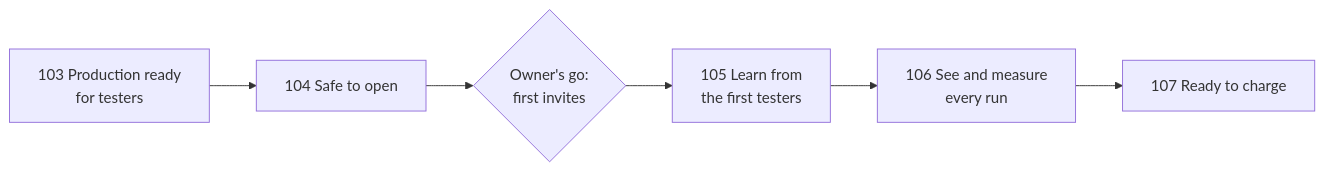
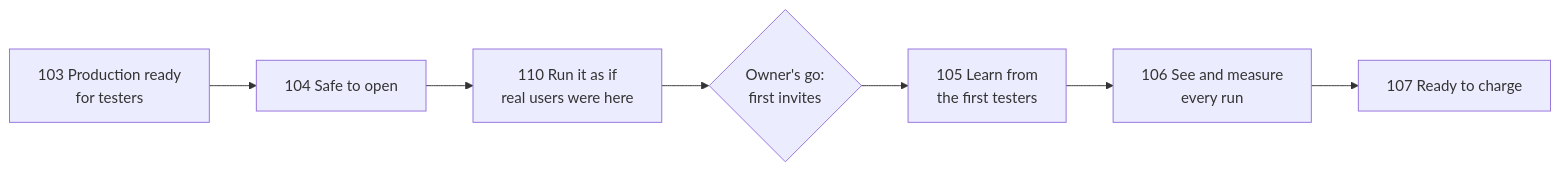
One commit to akoita/draft-loop changed the second of 2 diagrams in docs/roadmap.md. Above: the diagram before and after it, drawn with Mermaid. The commit also changed other lines of this file, not shown here.

First line of the commit message:
Admit milestone 110 on the roadmap: run production as if real users were here

````diff
--- a/docs/roadmap.md
+++ b/docs/roadmap.md
@@ -334,8 +339,9 @@
 ```mermaid
 flowchart LR
   m103["103 Production ready<br/>for testers"] --> m104["104 Safe to open"]
-  m104 --> gate{"Owner's go:<br/>first invites"}
+  m104 --> m110["110 Run it as if<br/>real users were here"]
+  m110 --> gate{"Owner's go:<br/>first invites"}
   gate --> m105["105 Learn from<br/>the first testers"]
   m105 --> m106["106 See and measure<br/>every run"]
   m106 --> m107["107 Ready to charge"]
 ```
````
